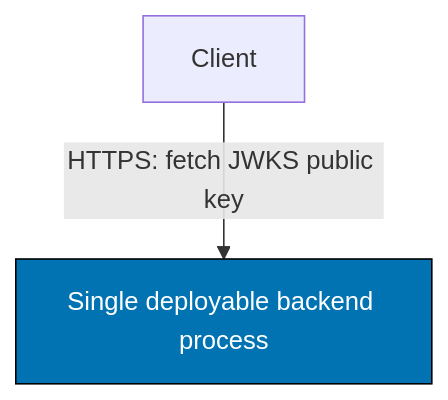
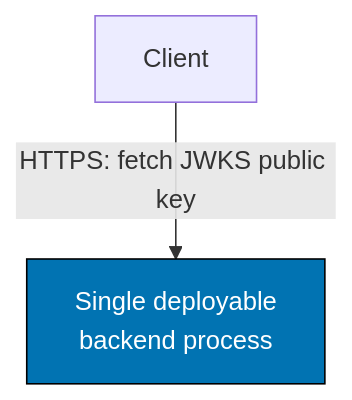
Before and after one commit to wahidyankf/ose-primer: diagram 38 of 52 in governance/conventions/formatting/diagrams.md, drawn with Mermaid. The commit also changed other lines of this file and 534 other files, not shown here.

````diff
--- a/governance/conventions/formatting/diagrams.md
+++ b/governance/conventions/formatting/diagrams.md
@@ -1562,8 +1555,8 @@
 ```mermaid
 graph TD
-    A["Single deployable backend process"]:::blue
-    %% BROKEN: "Single deployable backend process" is 34 chars — clipped
+    A["Single deployable<br/>backend process"]:::blue
+    %% BROKEN label was 34 chars — split here for demo; prefer even shorter lines
     B[Client]-->|"HTTPS: fetch JWKS public key"| A
     %% BROKEN: "HTTPS: fetch JWKS public key" is 28 chars — clipped
     classDef blue fill:#0173B2,stroke:#000000,color:#FFFFFF
 ```
````
